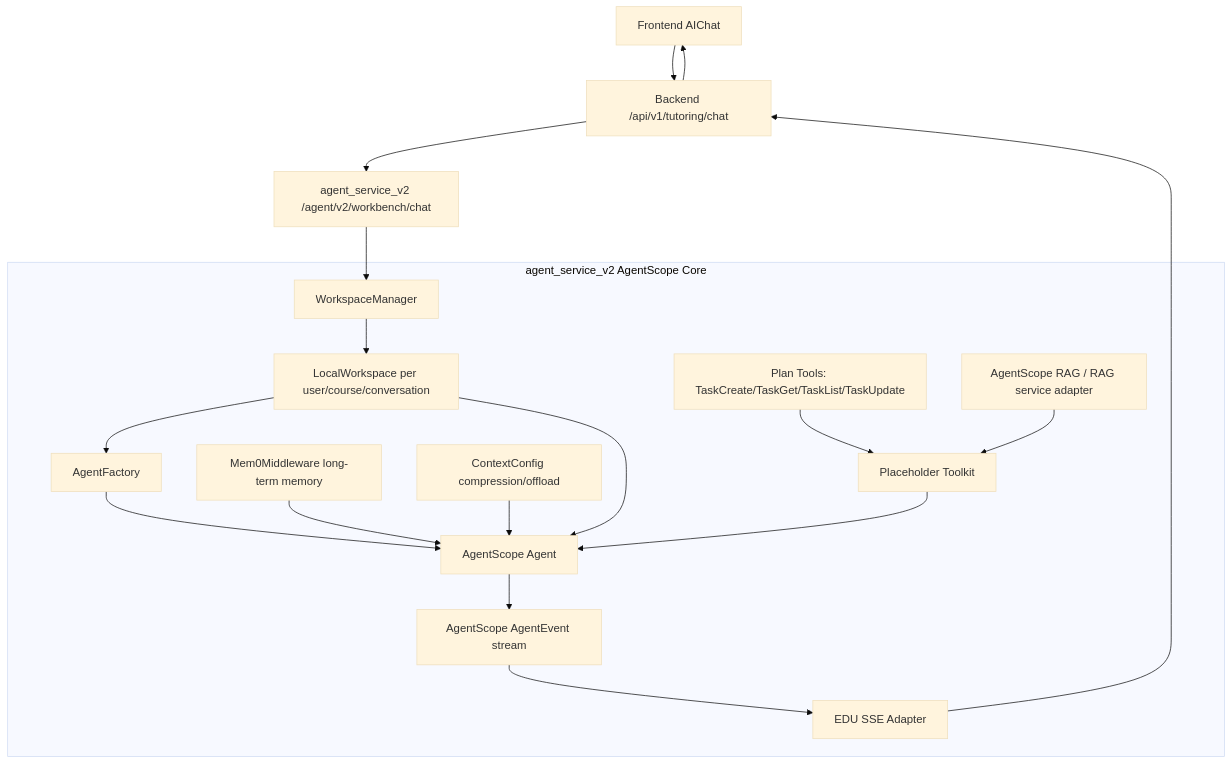
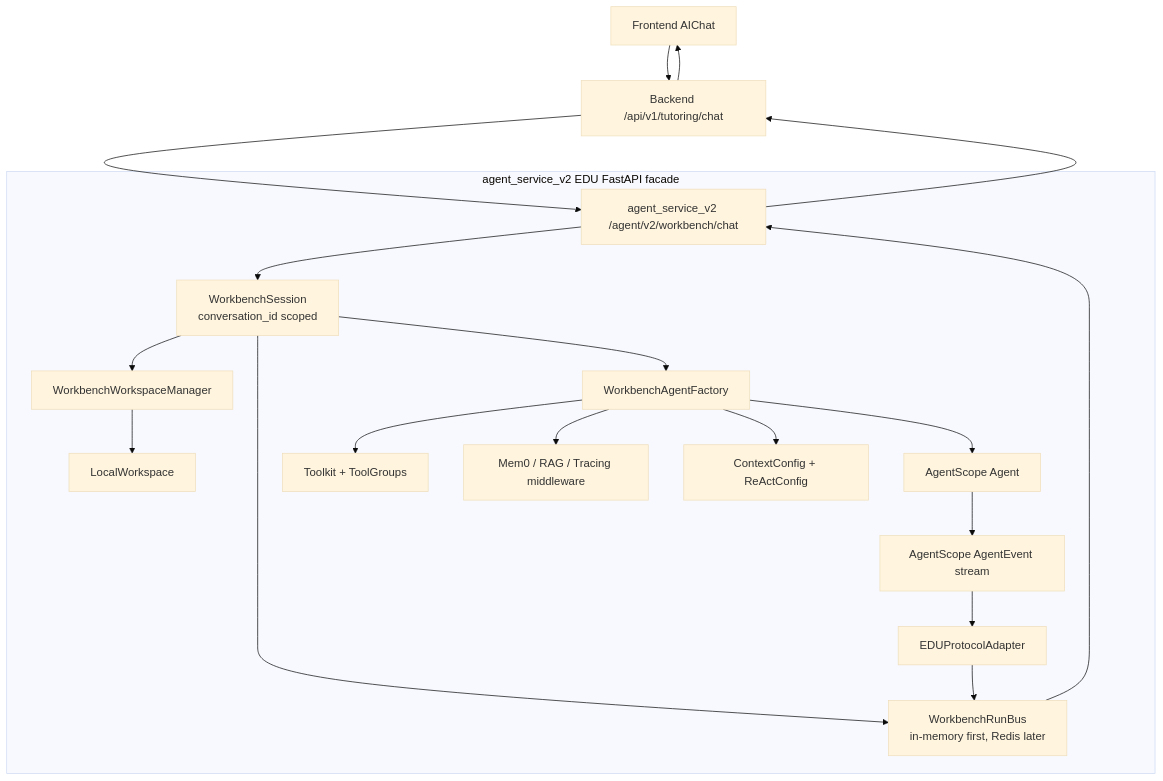
The first of 3 diagrams in docs/superpowers/specs/2026-06-30-aichat-workbench-v2-design.md (coding-leaf/DUagent), drawn with Mermaid (base theme) before and after one commit. The commit also changed other lines of this file and 2 other files, not shown here.

````diff
--- a/docs/superpowers/specs/2026-06-30-aichat-workbench-v2-design.md
+++ b/docs/superpowers/specs/2026-06-30-aichat-workbench-v2-design.md
@@ -35,34 +47,24 @@
 ```mermaid
 flowchart TB
   FE[Frontend AIChat] --> BE[Backend /api/v1/tutoring/chat]
-  BE --> AS[agent_service_v2 /agent/v2/workbench/chat]
+  BE --> API[agent_service_v2 /agent/v2/workbench/chat]
 
-  subgraph ASCore["agent_service_v2 AgentScope Core"]
-    WM[WorkspaceManager]
-    WS[LocalWorkspace per user/course/conversation]
-    AF[AgentFactory]
-    Agent[AgentScope Agent]
-    Plan[Plan Tools: TaskCreate/TaskGet/TaskList/TaskUpdate]
-    Mem[Mem0Middleware long-term memory]
-    Ctx[ContextConfig compression/offload]
-    RAG[AgentScope RAG / RAG service adapter]
-    TK[Placeholder Toolkit]
-    Events[AgentScope AgentEvent stream]
-    Adapter[EDU SSE Adapter]
+  subgraph V2["agent_service_v2 EDU FastAPI facade"]
+    API --> Session[WorkbenchSession<br/>conversation_id scoped]
+    Session --> Bus[WorkbenchRunBus<br/>in-memory first, Redis later]
+    Session --> WSM[WorkbenchWorkspaceManager]
+    WSM --> WS[LocalWorkspace]
+    Session --> Factory[WorkbenchAgentFactory]
+    Factory --> Agent[AgentScope Agent]
+    Factory --> Toolkit[Toolkit + ToolGroups]
+    Factory --> MW[Mem0 / RAG / Tracing middleware]
+    Factory --> Config[ContextConfig + ReActConfig]
+    Agent --> Events[AgentScope AgentEvent stream]
+    Events --> Adapter[EDUProtocolAdapter]
+    Adapter --> Bus
   end
 
-  AS --> WM
-  WM --> WS
-  WS --> AF
-  AF --> Agent
-  Plan --> TK
-  RAG --> TK
-  TK --> Agent
-  Mem --> Agent
-  Ctx --> Agent
-  WS --> Agent
-  Agent --> Events
-  Events --> Adapter
-  Adapter --> BE
+  Bus --> API
+  API --> BE
   BE --> FE
 ```
````
